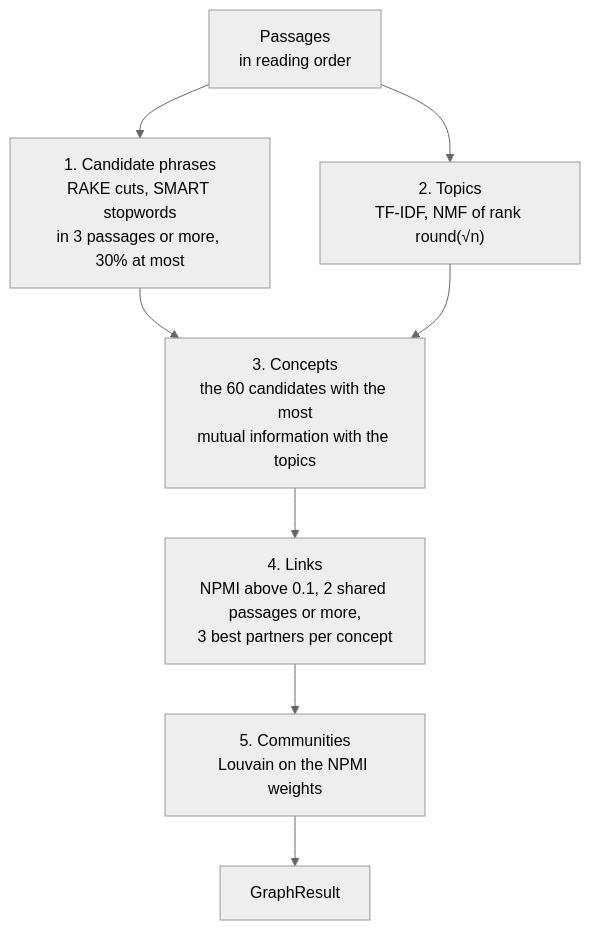
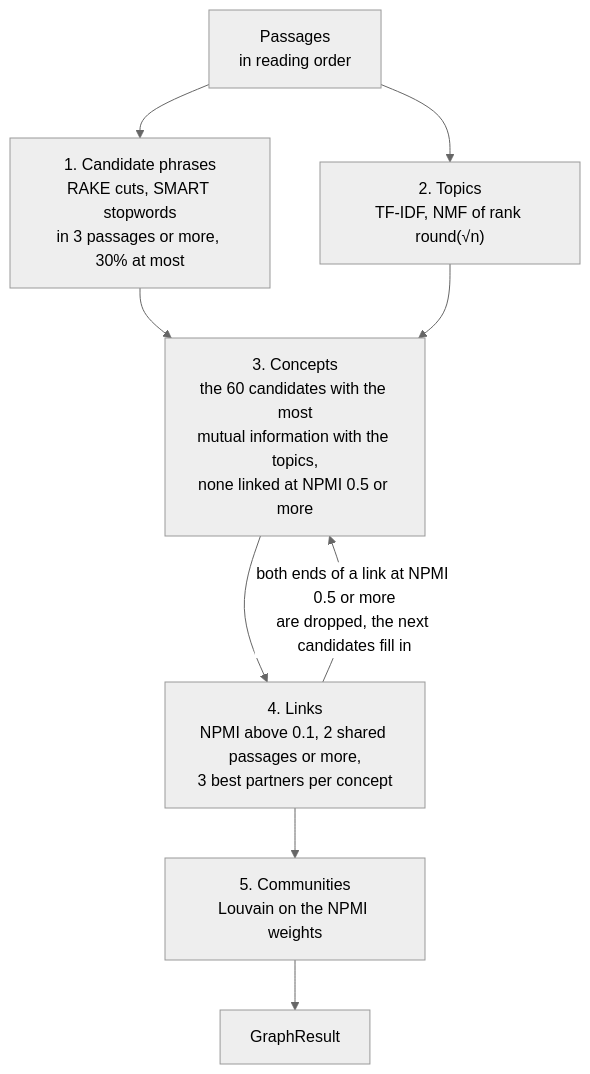
The first of 3 diagrams in docs/concept-map.md (AhmedKishki/concept-map), drawn with Mermaid (neutral theme) before and after one commit. The commit also changed other lines of this file and 9 other files, not shown here.

First line of the commit message:
Release 0.2.0: keep only moderately linked concepts

````diff
--- a/docs/concept-map.md
+++ b/docs/concept-map.md
@@ -13,10 +13,11 @@
 ```mermaid
 flowchart TD
     P["Passages<br/>in reading order"] --> C["1. Candidate phrases<br/>RAKE cuts, SMART stopwords<br/>in 3 passages or more, 30% at most"]
     P --> T["2. Topics<br/>TF-IDF, NMF of rank round(√n)"]
-    C --> S["3. Concepts<br/>the 60 candidates with the most<br/>mutual information with the topics"]
+    C --> S["3. Concepts<br/>the 60 candidates with the most<br/>mutual information with the topics,<br/>none linked at NPMI 0.5 or more"]
     T --> S
     S --> L["4. Links<br/>NPMI above 0.1, 2 shared passages or more,<br/>3 best partners per concept"]
+    L -->|"both ends of a link at NPMI 0.5 or more<br/>are dropped, the next candidates fill in"| S
     L --> M["5. Communities<br/>Louvain on the NPMI weights"]
     M --> G["GraphResult"]
 ```
````
